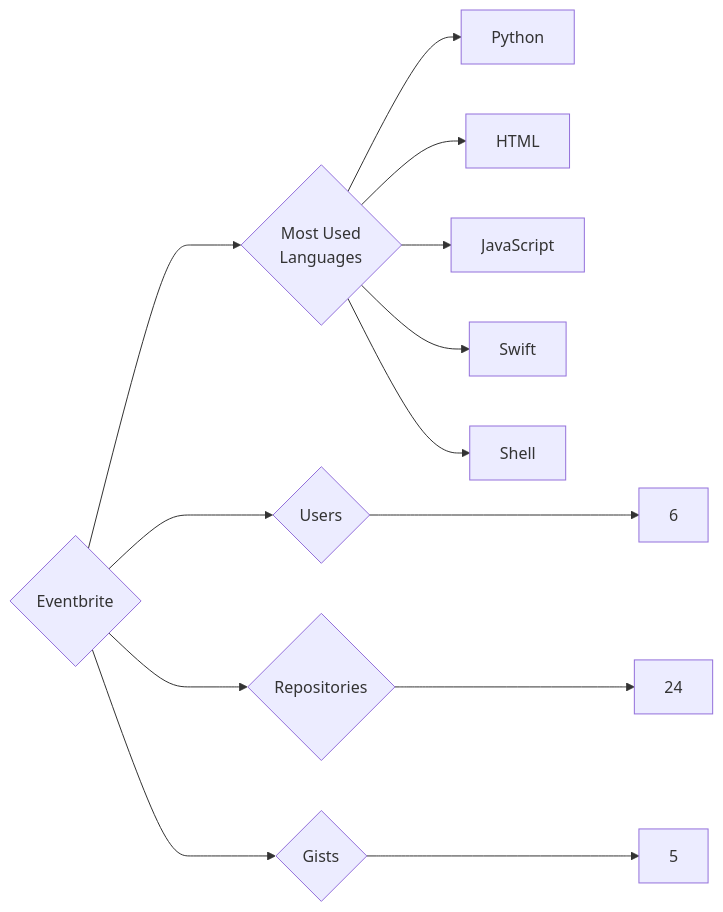
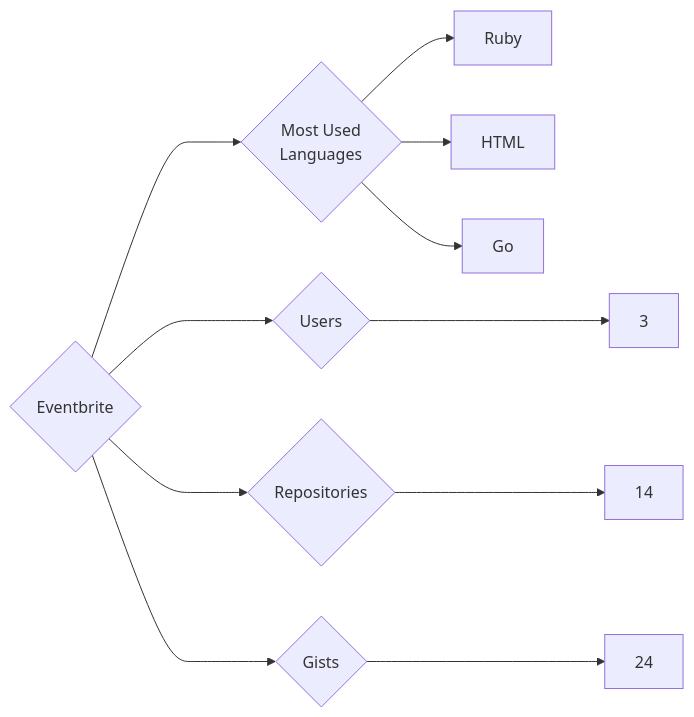
The diagram in targets/Eventbrite/README.md (trickest/insiders), drawn with Mermaid before and after one commit. The commit also changed 997 other files, not shown here.

````diff
--- a/targets/Eventbrite/README.md
+++ b/targets/Eventbrite/README.md
@@ -3,13 +3,11 @@
 ```mermaid
 graph LR
 COMPANY_NAME{Eventbrite}
-COMPANY_NAME ---> U{Users} ---> UN[6]
-COMPANY_NAME ---> R{Repositories} ---> RN[24]
-COMPANY_NAME ---> G{Gists} ---> GN[5]
+COMPANY_NAME ---> U{Users} ---> UN[3]
+COMPANY_NAME ---> R{Repositories} ---> RN[14]
+COMPANY_NAME ---> G{Gists} ---> GN[24]
 COMPANY_NAME ---> ML{Most Used<br>Languages}
-ML --> Python[Python]
+ML --> Ruby[Ruby]
 ML --> HTML[HTML]
-ML --> JavaScript[JavaScript]
-ML --> Swift[Swift]
-ML --> Shell[Shell]
+ML --> Go[Go]
 ```
````
